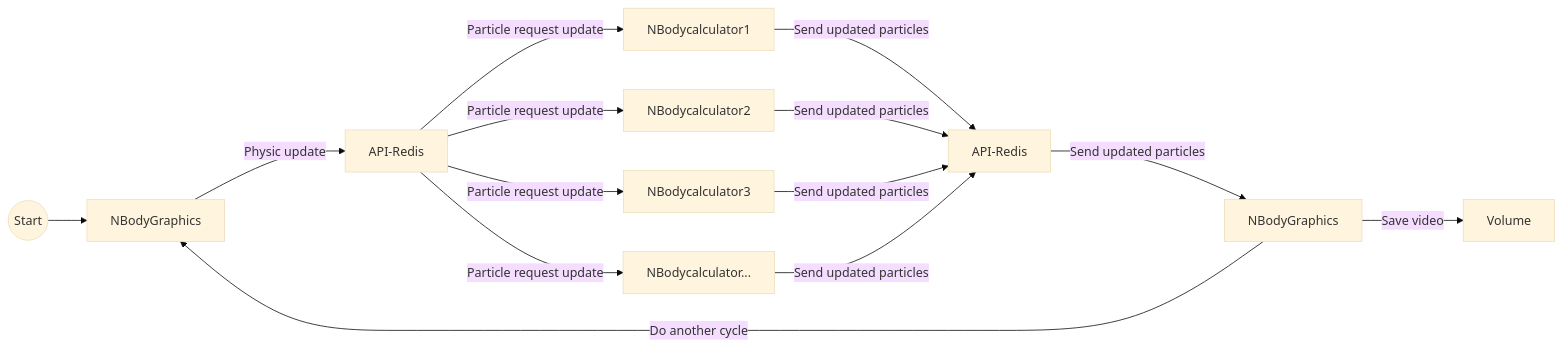
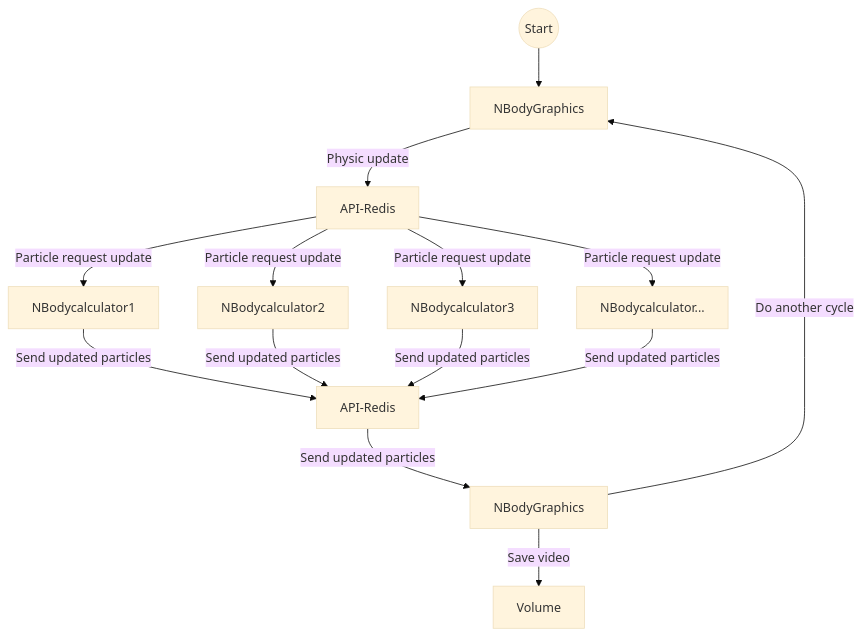
One commit to Im-Rises/nbody-simulator-docker changed the second of 2 diagrams in README.md. Above: the diagram before and after it, drawn with Mermaid (base theme).

````diff
--- a/README.md
+++ b/README.md
@@ -114,21 +114,21 @@
 ```mermaid
-graph LR
+graph TB
     A((Start))
     B[NBodyGraphics]
     C[API-Redis]
     D[NBodycalculator1]
     E[NBodycalculator2]
     F[NBodycalculator3]
     G[NBodycalculator...]
     H[API-Redis]
     I[NBodyGraphics]
     J[Volume]
     
     A --> B
     B --> | Physic update | C
     C --> | Particle request update | D & E & F & G
     D & E & F & G --> | Send updated particles | H
     H --> | Send updated particles | I
     I --> | Do another cycle | B
     I --> | Save video | J
 ```
````
